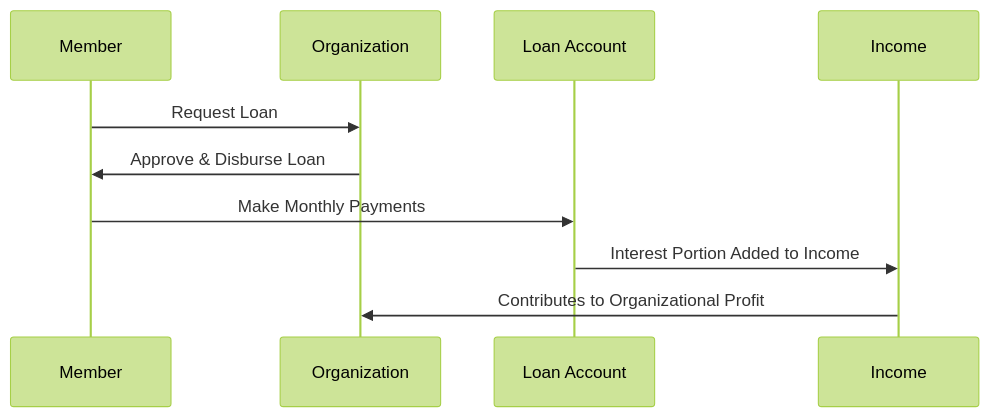
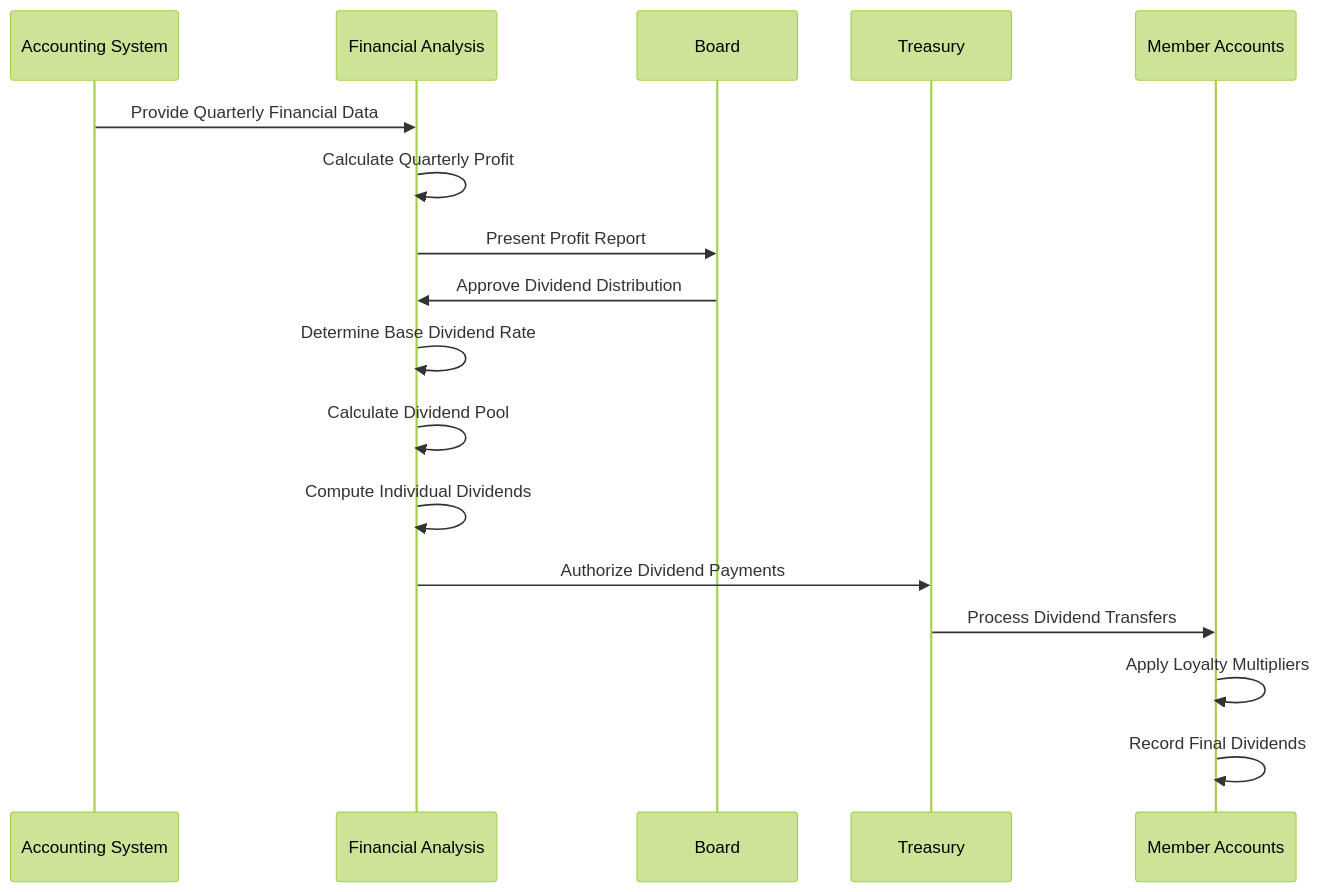
The tenth of 13 diagrams in financial-org-app/docs/financial-logic.md (Sachin-Bandaranayaka/sahana-new), drawn with Mermaid (forest theme) before and after one commit. The commit also changed other lines of this file and 2 other files, not shown here.

Commit message:
Update financial logic documentation with comprehensive system details, enhanced diagrams, and improved calculation examples

````diff
--- a/financial-org-app/docs/financial-logic.md
+++ b/financial-org-app/docs/financial-logic.md
@@ -143,13 +293,20 @@
 ```mermaid
 sequenceDiagram
-    participant A as Member
-    participant B as Organization
-    participant C as Loan Account
-    participant D as Income
+    participant A as Accounting System
+    participant B as Financial Analysis
+    participant C as Board
+    participant D as Treasury
+    participant E as Member Accounts
     
-    A->>B: Request Loan
-    B->>A: Approve & Disburse Loan
-    A->>C: Make Monthly Payments
-    C->>D: Interest Portion Added to Income
-    D->>B: Contributes to Organizational Profit
+    A->>B: Provide Quarterly Financial Data
+    B->>B: Calculate Quarterly Profit
+    B->>C: Present Profit Report
+    C->>B: Approve Dividend Distribution
+    B->>B: Determine Base Dividend Rate
+    B->>B: Calculate Dividend Pool
+    B->>B: Compute Individual Dividends
+    B->>D: Authorize Dividend Payments
+    D->>E: Process Dividend Transfers
+    E->>E: Apply Loyalty Multipliers
+    E->>E: Record Final Dividends
 ```
````
